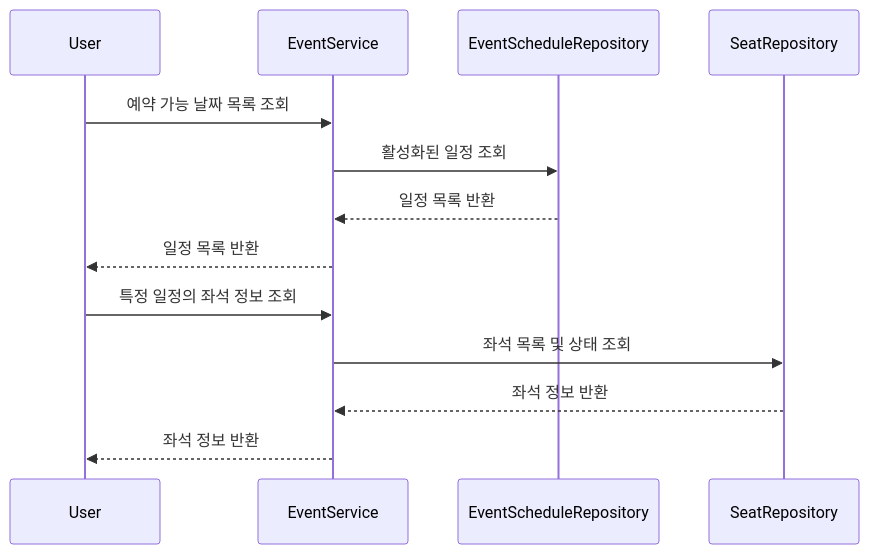
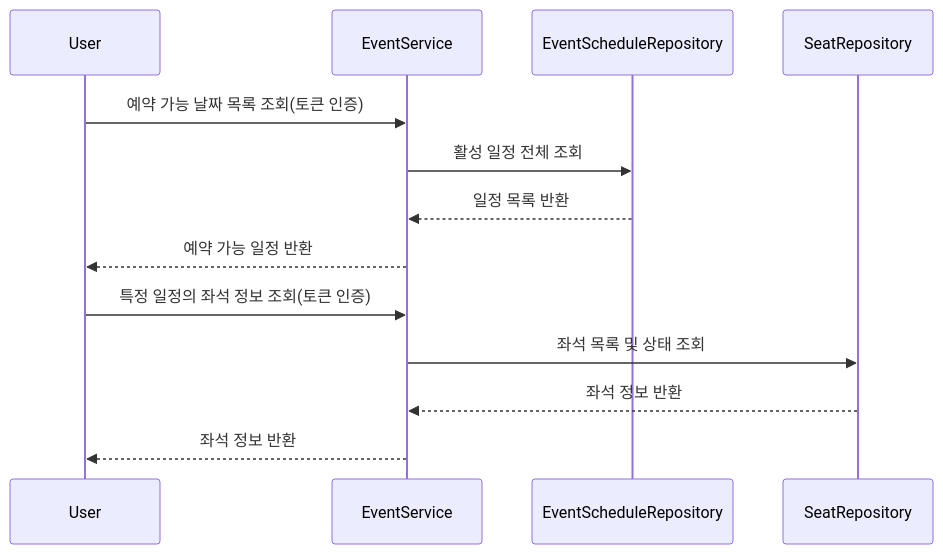
The fourth of 8 diagrams in README.md (minu-study/ticketing-platform), drawn with Mermaid before and after one commit. The commit also changed other lines of this file, not shown here.

Commit message:
docs: 요구사항 분석에 따라 다이어그램 수정

````diff
--- a/README.md
+++ b/README.md
@@ -278,17 +320,17 @@
 ```mermaid
 sequenceDiagram
     participant User
     participant EventService
     participant EventScheduleRepository
     participant SeatRepository
 
-    User->>EventService: 예약 가능 날짜 목록 조회
-    EventService->>EventScheduleRepository: 활성화된 일정 조회
+    User->>EventService: 예약 가능 날짜 목록 조회(토큰 인증)
+    EventService->>EventScheduleRepository: 활성 일정 전체 조회
     EventScheduleRepository-->>EventService: 일정 목록 반환
-    EventService-->>User: 일정 목록 반환
+    EventService-->>User: 예약 가능 일정 반환
 
-    User->>EventService: 특정 일정의 좌석 정보 조회
+    User->>EventService: 특정 일정의 좌석 정보 조회(토큰 인증)
     EventService->>SeatRepository: 좌석 목록 및 상태 조회
     SeatRepository-->>EventService: 좌석 정보 반환
     EventService-->>User: 좌석 정보 반환
 ```
````
